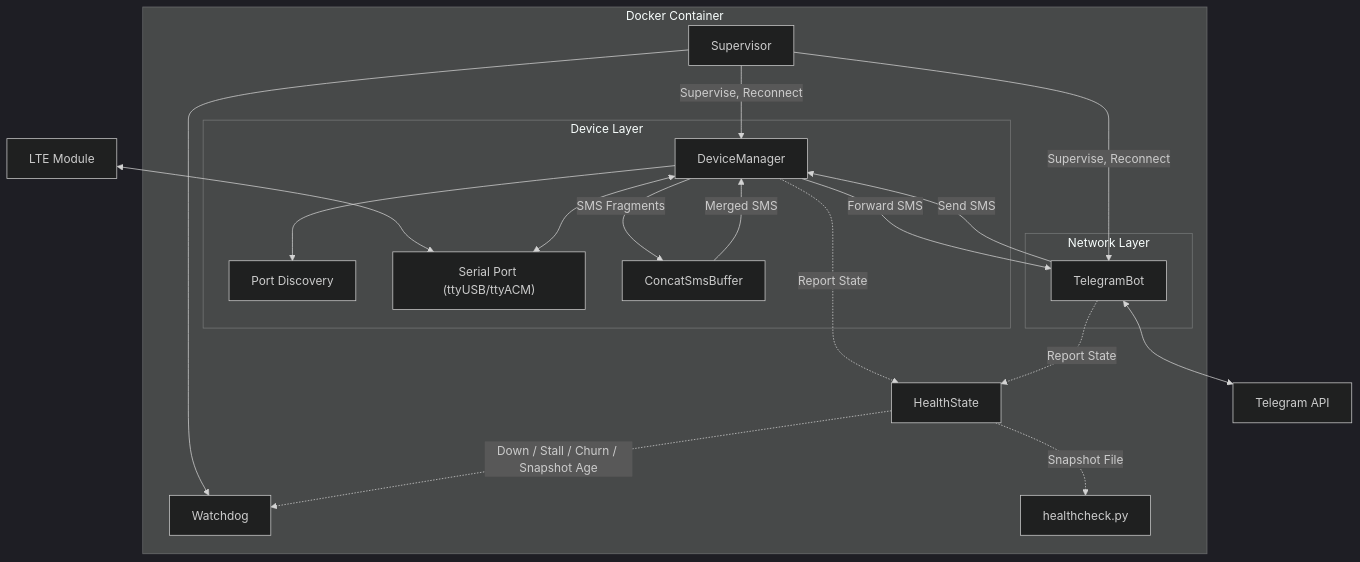
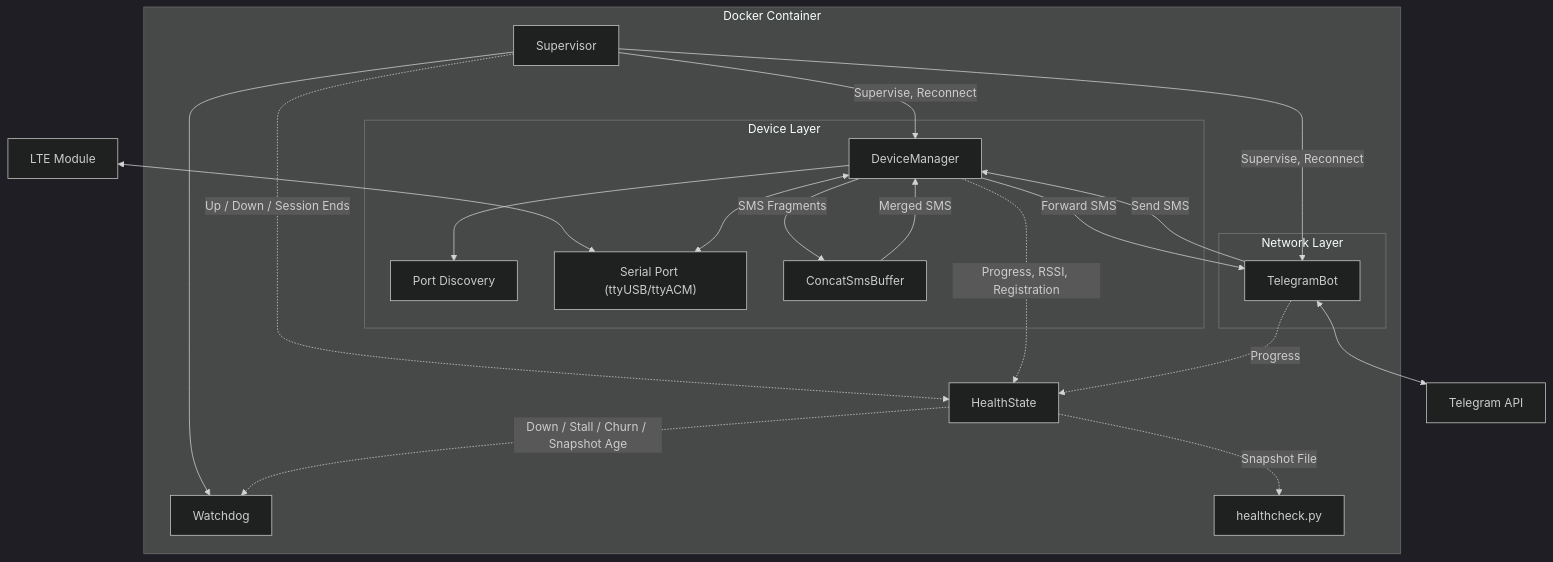
One commit to vxhorse/SMS_forwarder_Telegram changed the diagram in README.md. Above: the diagram before and after it, drawn with Mermaid (dark theme). The commit also changed other lines of this file and 8 other files, not shown here.

````diff
--- a/README.md
+++ b/README.md
@@ -21,37 +21,38 @@
 ```mermaid
 graph TD
     subgraph DC [Docker Container]
         Sup[Supervisor]
         WD[Watchdog]
         HS[HealthState]
         HC["healthcheck.py"]
 
         subgraph DeviceLayer [Device Layer]
             DM[DeviceManager]
             Disc[Port Discovery]
             Serial["Serial Port (ttyUSB/ttyACM)"]
             Buffer[ConcatSmsBuffer]
         end
 
         subgraph NetworkLayer [Network Layer]
             Bot[TelegramBot]
         end
     end
 
     Hardware[LTE Module] <--> Serial
     Sup -- "Supervise, Reconnect" --> DM
     Sup -- "Supervise, Reconnect" --> Bot
     Sup --> WD
     DM --> Disc
     DM <--> Serial
     DM -- "SMS Fragments" --> Buffer
     Buffer -- "Merged SMS" --> DM
     DM -- "Forward SMS" --> Bot
     Bot -- "Send SMS" --> DM
     Bot <--> API[Telegram API]
 
-    DM -. "Report State" .-> HS
-    Bot -. "Report State" .-> HS
+    Sup -. "Up / Down / Session Ends" .-> HS
+    DM -. "Progress, RSSI, Registration" .-> HS
+    Bot -. "Progress" .-> HS
     HS -. "Down / Stall / Churn / Snapshot Age" .-> WD
     HS -. "Snapshot File" .-> HC
 ```
````
